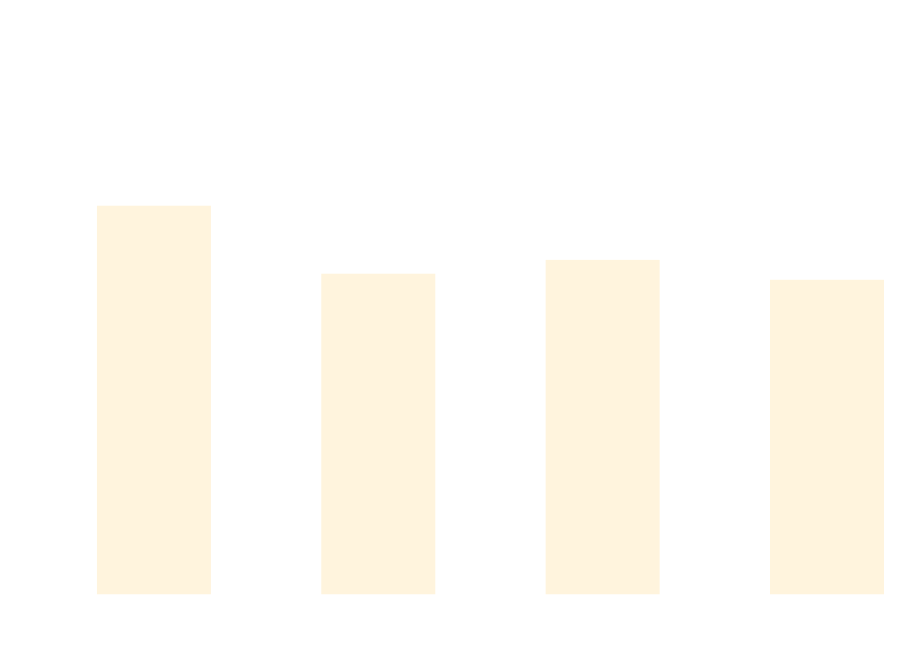
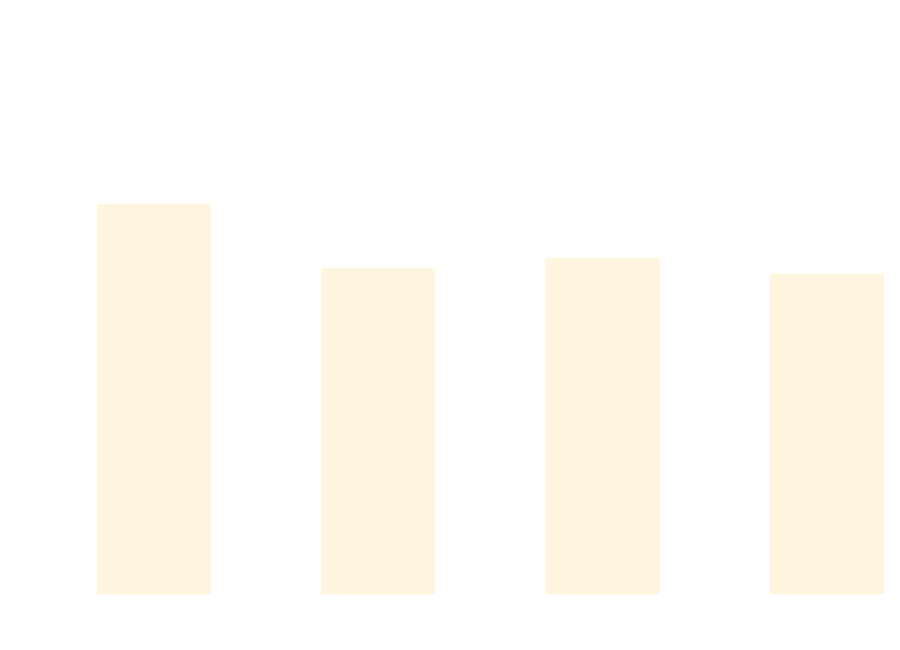
The diagram in docs/docs/benchmarks/BuildTime.md (weiyilai/TUnit), drawn with Mermaid before and after one commit. The commit also changed other lines of this file and 17 other files, not shown here.

````diff
--- a/docs/docs/benchmarks/BuildTime.md
+++ b/docs/docs/benchmarks/BuildTime.md
@@ -28,37 +28,37 @@
 ```mermaid
 %%{init: {
   'theme':'base',
   'themeVariables': {
     'primaryColor': '#2563eb',
     'primaryTextColor': '#ffffff',
     'primaryBorderColor': '#1e40af',
     'lineColor': '#6b7280',
     'secondaryColor': '#7c3aed',
     'tertiaryColor': '#dc2626',
     'background': '#ffffff',
     'mainBkg': '#2563eb',
     'secondBkg': '#7c3aed',
     'tertiaryBkg': '#dc2626',
     'clusterBkg': '#f3f4f6',
     'edgeLabelBackground': '#ffffff',
     'tertiaryTextColor': '#1f2937',
     'pie1': '#2563eb',
     'pie2': '#7c3aed',
     'pie3': '#dc2626',
     'pie4': '#f59e0b',
     'pie5': '#10b981',
     'pie6': '#06b6d4',
     'pie7': '#ec4899',
     'pie8': '#6366f1',
     'pie9': '#84cc16',
     'pie10': '#f97316',
     'pie11': '#14b8a6',
     'pie12': '#a855f7'
   }
 }}%%
 xychart-beta
   title "Build Time Comparison"
   x-axis ["Build_TUnit", "Build_NUnit", "Build_MSTest", "Build_xUnit3"]
   y-axis "Time (s)" 0 --> 3
-  bar [2.241, 1.838, 1.92, 1.802]
+  bar [2.252, 1.872, 1.933, 1.839]
 ```
````
